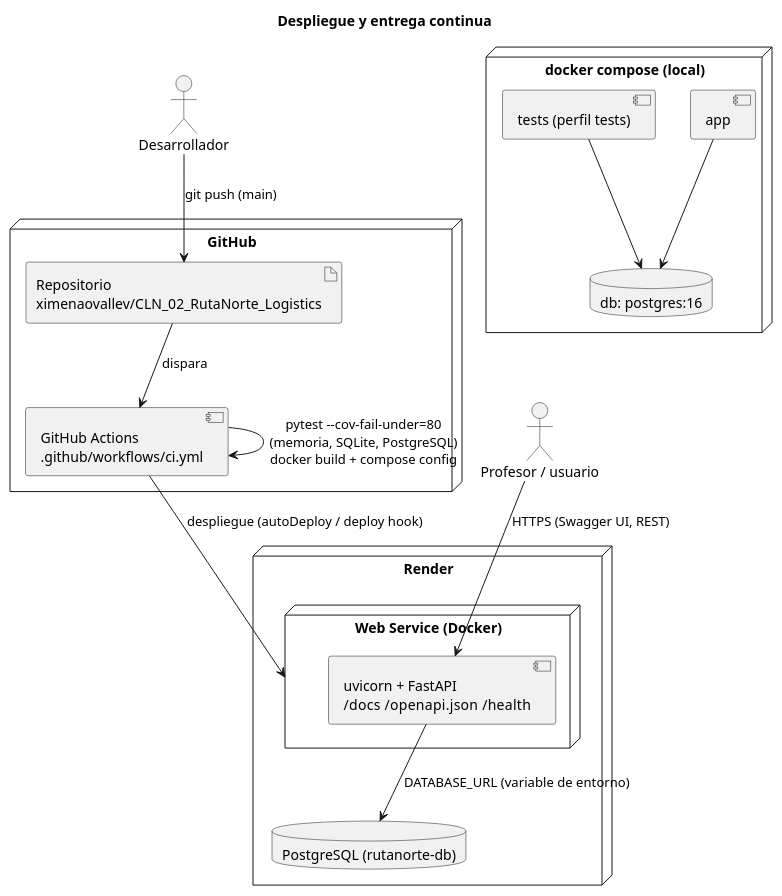
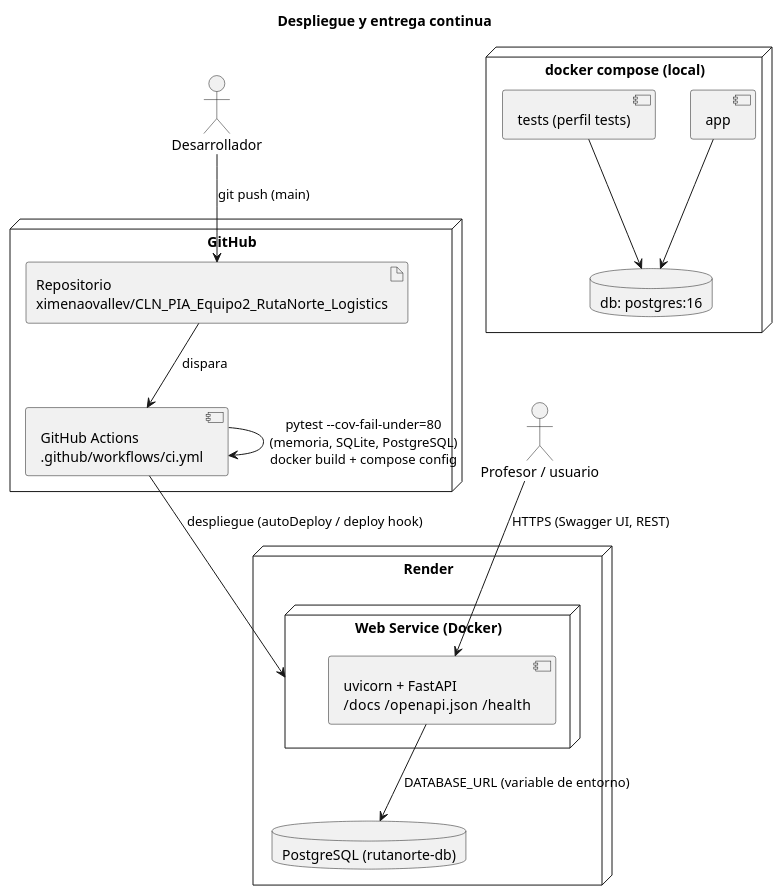
The diagram in docs/architecture/diagramas/07_despliegue.puml (ximenaovallev/CLN_PIA_Equipo2_RutaNorte_Logistics), drawn with PlantUML before and after one commit. The commit also changed 12 other files, not shown here.

```diff
--- a/docs/architecture/diagramas/07_despliegue.puml
+++ b/docs/architecture/diagramas/07_despliegue.puml
@@ -1,31 +1,31 @@
 @startuml 07_despliegue
 title Despliegue y entrega continua
 skinparam shadowing false
 actor "Desarrollador" as dev
 actor "Profesor / usuario" as user
 
 node "GitHub" {
-  artifact "Repositorio\nximenaovallev/CLN_02_RutaNorte_Logistics" as repo
+  artifact "Repositorio\nximenaovallev/CLN_PIA_Equipo2_RutaNorte_Logistics" as repo
   component "GitHub Actions\n.github/workflows/ci.yml" as ci
 }
 node "Render" {
   node "Web Service (Docker)" as web {
     component "uvicorn + FastAPI\n/docs  /openapi.json  /health" as api
   }
   database "PostgreSQL (rutanorte-db)" as db
 }
 node "docker compose (local)" as local {
   component "app" as app
   database "db: postgres:16" as ldb
   component "tests (perfil tests)" as t
 }
 
 dev --> repo : git push (main)
 repo --> ci : dispara
 ci --> ci : pytest --cov-fail-under=80\n(memoria, SQLite, PostgreSQL)\ndocker build + compose config
 ci --> web : despliegue (autoDeploy / deploy hook)
 user --> api : HTTPS (Swagger UI, REST)
 api --> db : DATABASE_URL (variable de entorno)
 app --> ldb
 t --> ldb
 @enduml
```
